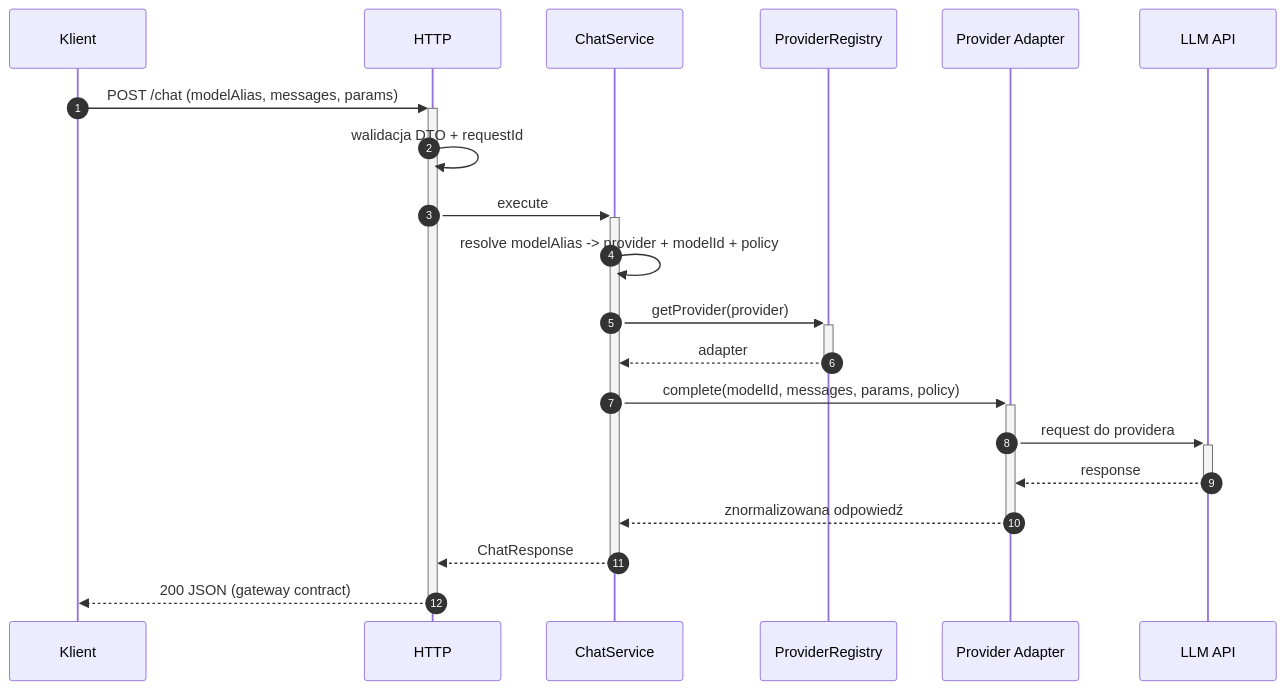
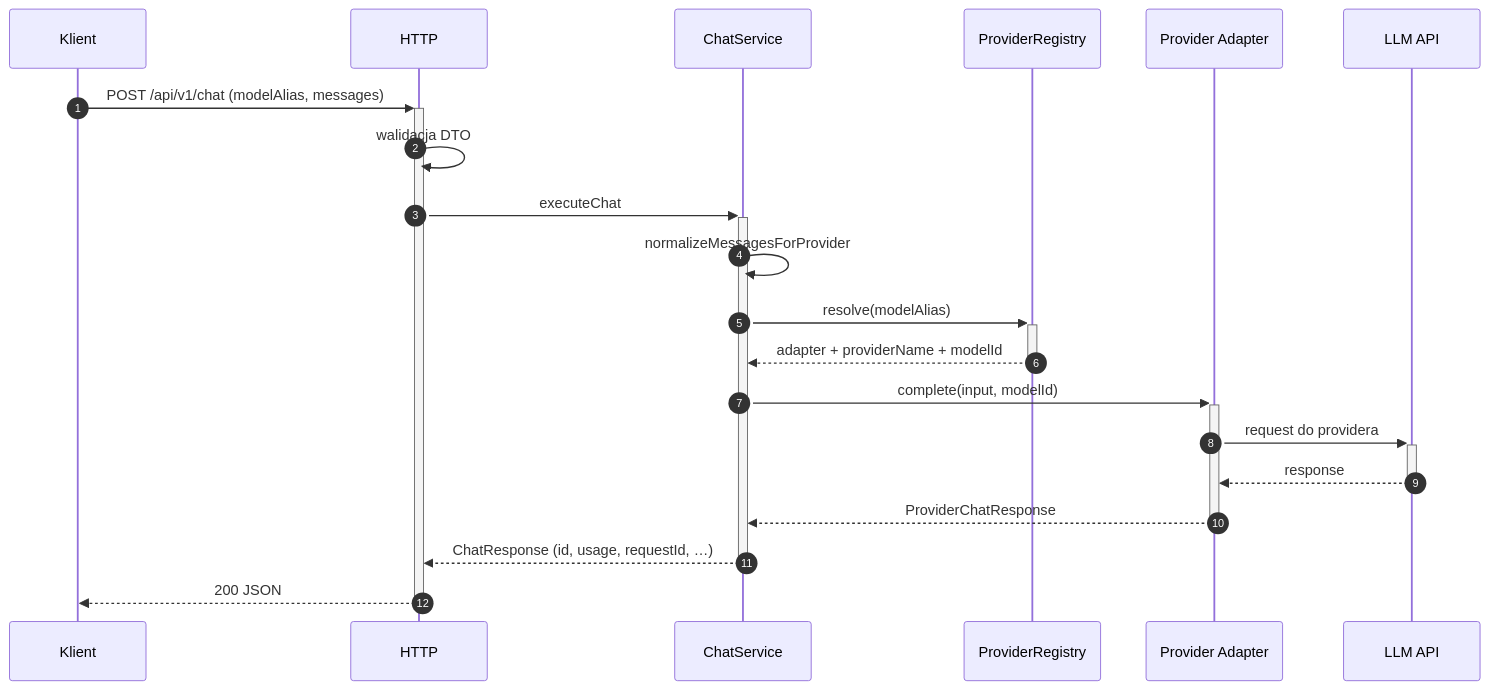
The second of 4 diagrams in docs/data_flow.md (matej2314/ai-provider-gateway), drawn with Mermaid before and after one commit. The commit also changed other lines of this file and 23 other files, not shown here.

Commit message:
Update project documentation. Refactor gateway configuration object, provider registry, chat service.

````diff
--- a/docs/data_flow.md
+++ b/docs/data_flow.md
@@ -41,23 +41,23 @@
 ```mermaid
 sequenceDiagram
   autonumber
   participant K as Klient
   participant H as HTTP
   participant S as ChatService
   participant R as ProviderRegistry
   participant P as Provider Adapter
   participant A as LLM API
 
-  K->>+H: POST /chat (modelAlias, messages, params)
-  H->>H: walidacja DTO + requestId
-  H->>+S: execute
-  S->>S: resolve modelAlias -> provider + modelId + policy
-  S->>+R: getProvider(provider)
-  R-->>-S: adapter
-  S->>+P: complete(modelId, messages, params, policy)
+  K->>+H: POST /api/v1/chat (modelAlias, messages)
+  H->>H: walidacja DTO
+  H->>+S: executeChat
+  S->>S: normalizeMessagesForProvider
+  S->>+R: resolve(modelAlias)
+  R-->>-S: adapter + providerName + modelId
+  S->>+P: complete(input, modelId)
   P->>+A: request do providera
   A-->>-P: response
-  P-->>-S: znormalizowana odpowiedź
-  S-->>-H: ChatResponse
-  H-->>-K: 200 JSON (gateway contract)
+  P-->>-S: ProviderChatResponse
+  S-->>-H: ChatResponse (id, usage, requestId, …)
+  H-->>-K: 200 JSON
 ```
````
